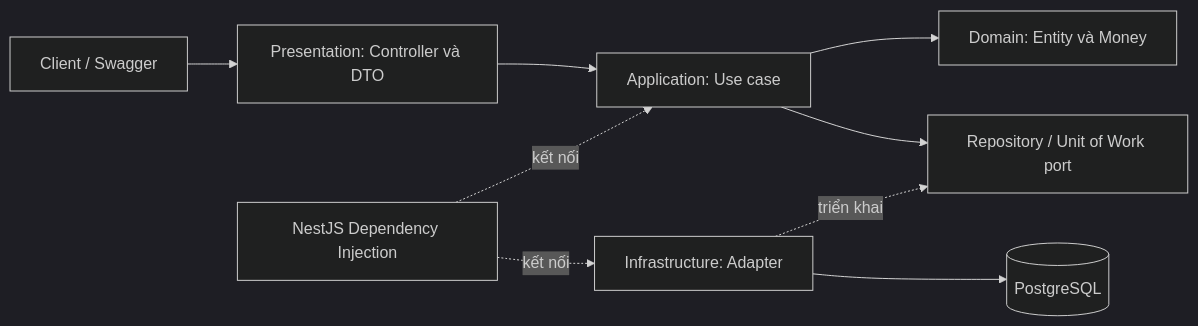
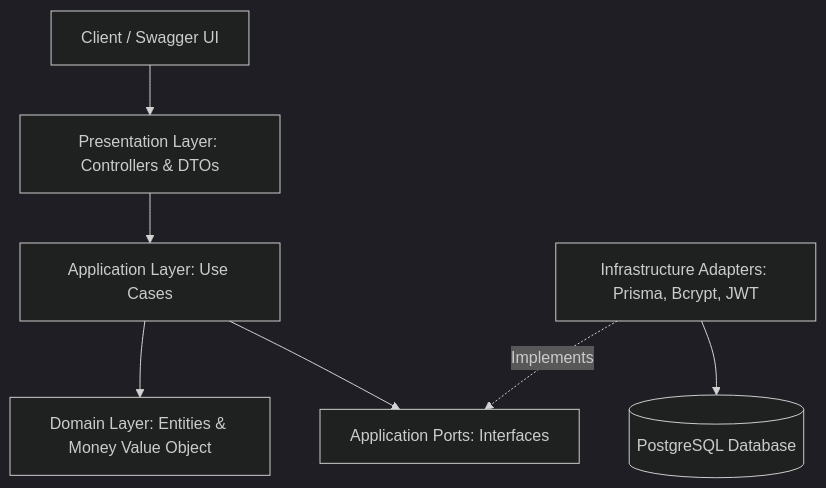
The diagram in README.md (HUY-TD16/SA_BankAccount), drawn with Mermaid (dark theme) before and after one commit. The commit also changed other lines of this file and 11 other files, not shown here.

````diff
--- a/README.md
+++ b/README.md
@@ -56,11 +56,9 @@
 ```mermaid
-flowchart LR
-    Client[Client / Swagger] --> HTTP[Presentation: Controller và DTO]
-    HTTP --> UC[Application: Use case]
-    UC --> Domain[Domain: Entity và Money]
-    UC --> Port[Repository / Unit of Work port]
-    Adapter[Infrastructure: Adapter] -. triển khai .-> Port
-    Adapter --> DB[(PostgreSQL)]
-    DI[NestJS Dependency Injection] -. kết nối .-> UC
-    DI -. kết nối .-> Adapter
+flowchart TD
+    Client[Client / Swagger UI] --> Presentation[Presentation Layer: Controllers & DTOs]
+    Presentation --> Application[Application Layer: Use Cases]
+    Application --> Domain[Domain Layer: Entities & Money Value Object]
+    Application --> Ports[Application Ports: Interfaces]
+    Adapters[Infrastructure Adapters: Prisma, Bcrypt, JWT] -. Implements .-> Ports
+    Adapters --> Database[(PostgreSQL Database)]
 ```
````
